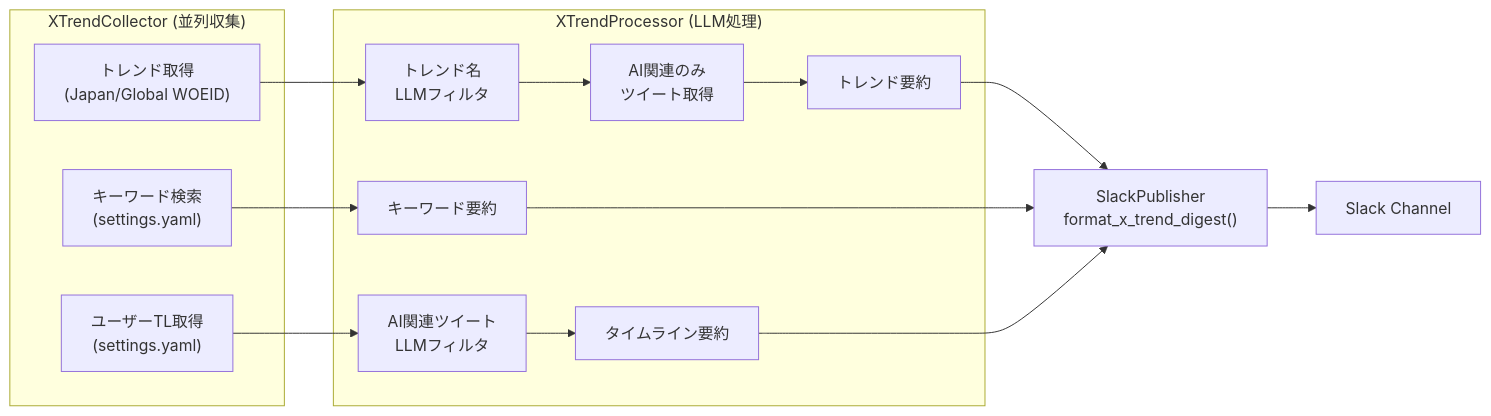
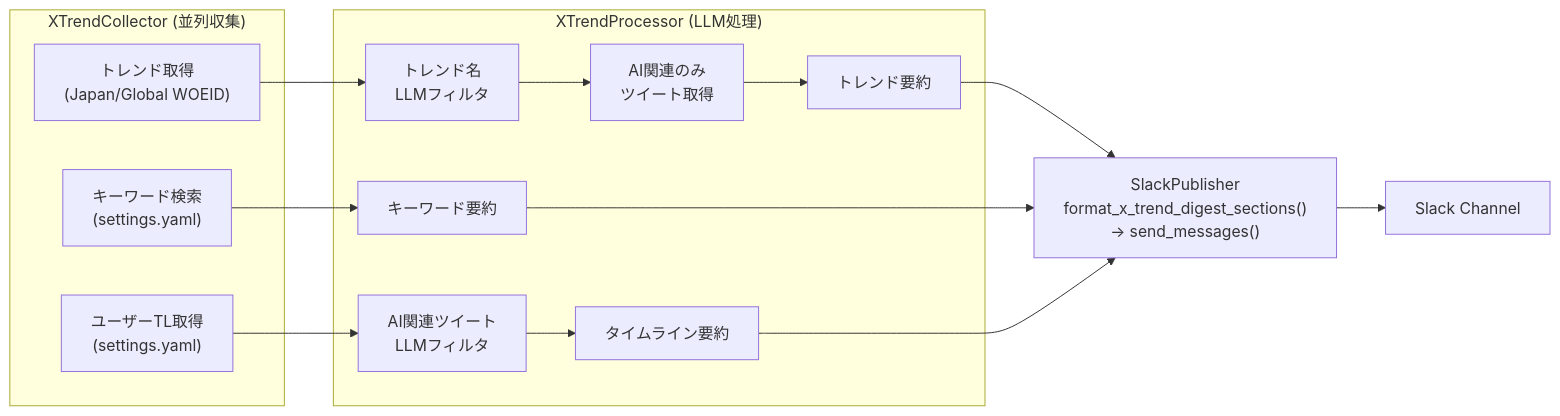
The eighth of 14 diagrams in docs/core/architecture.md (tak-akashi/minitools), drawn with Mermaid before and after one commit. The commit also changed 11 other files, not shown here.

Commit message:
update: x-timeline-feature

````diff
--- a/docs/core/architecture.md
+++ b/docs/core/architecture.md
@@ -317,26 +317,26 @@
 ```mermaid
 flowchart LR
     subgraph Collect["XTrendCollector (並列収集)"]
         T["トレンド取得\n(Japan/Global WOEID)"]
         K["キーワード検索\n(settings.yaml)"]
         U["ユーザーTL取得\n(settings.yaml)"]
     end
 
     subgraph Process["XTrendProcessor (LLM処理)"]
         TF["トレンド名\nLLMフィルタ"]
         TT["AI関連のみ\nツイート取得"]
         TS["トレンド要約"]
         KS["キーワード要約"]
         UF["AI関連ツイート\nLLMフィルタ"]
         US["タイムライン要約"]
     end
 
     T --> TF --> TT --> TS
     K --> KS
     U --> UF --> US
 
-    TS --> SP["SlackPublisher\nformat_x_trend_digest()"]
+    TS --> SP["SlackPublisher\nformat_x_trend_digest_sections()\n→ send_messages()"]
     KS --> SP
     US --> SP
     SP --> Slack["Slack Channel"]
 ```
````
